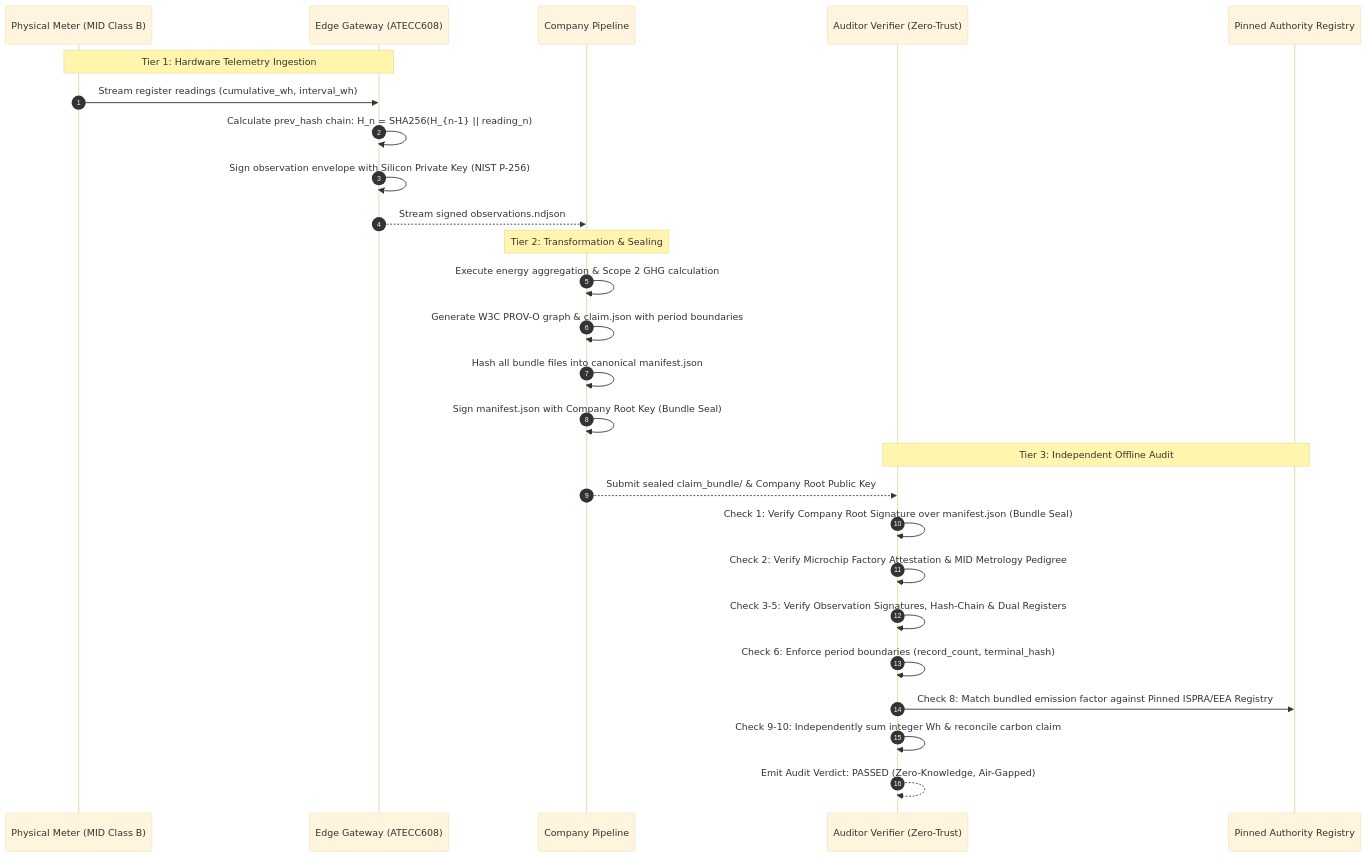
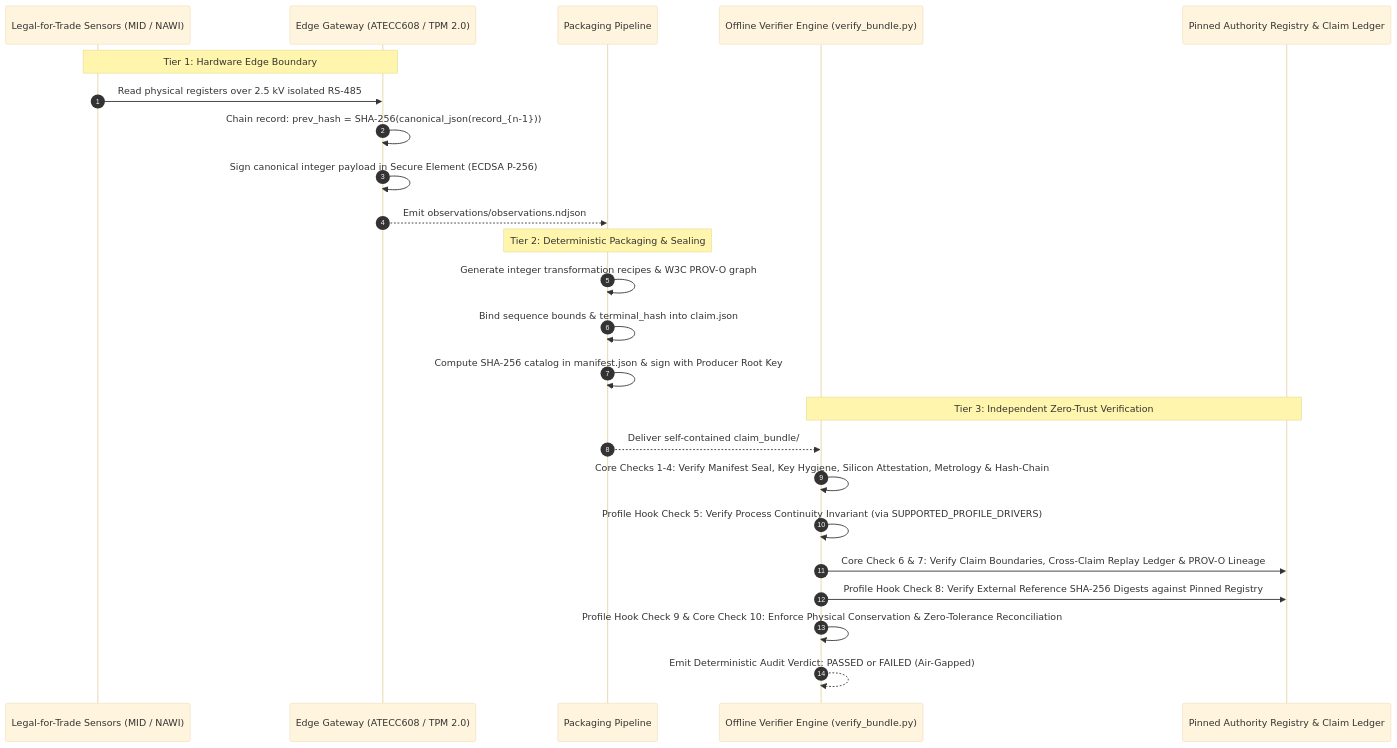
The second of 2 diagrams in 03_system/README.md (aloysiusjebanson-lab/trustworthy-telemetry), drawn with Mermaid (base theme) before and after one commit. The commit also changed other lines of this file and 4 other files, not shown here.

Commit message:
Refactor architecture, verifier CLI, protocol specs, and NLnet draft to Universal Engine-First design

````diff
--- a/03_system/README.md
+++ b/03_system/README.md
@@ -101,31 +113,29 @@
 ```mermaid
 sequenceDiagram
     autonumber
-    participant M as Physical Meter (MID Class B)
-    participant E as Edge Gateway (ATECC608)
-    participant C as Company Pipeline
-    participant A as Auditor Verifier (Zero-Trust)
-    participant R as Pinned Authority Registry
+    participant S as Legal-for-Trade Sensors (MID / NAWI)
+    participant E as Edge Gateway (ATECC608 / TPM 2.0)
+    participant P as Packaging Pipeline
+    participant V as Offline Verifier Engine (verify_bundle.py)
+    participant R as Pinned Authority Registry & Claim Ledger
 
-    Note over M,E: Tier 1: Hardware Telemetry Ingestion
-    M->>E: Stream register readings (cumulative_wh, interval_wh)
-    E->>E: Calculate prev_hash chain: H_n = SHA256(H_{n-1} || reading_n)
-    E->>E: Sign observation envelope with Silicon Private Key (NIST P-256)
-    E-->>C: Stream signed observations.ndjson
+    Note over S,E: Tier 1: Hardware Edge Boundary
+    S->>E: Read physical registers over 2.5 kV isolated RS-485
+    E->>E: Chain record: prev_hash = SHA-256(canonical_json(record_{n-1}))
+    E->>E: Sign canonical integer payload in Secure Element (ECDSA P-256)
+    E-->>P: Emit observations/observations.ndjson
 
-    Note over C: Tier 2: Transformation & Sealing
-    C->>C: Execute energy aggregation & Scope 2 GHG calculation
-    C->>C: Generate W3C PROV-O graph & claim.json with period boundaries
-    C->>C: Hash all bundle files into canonical manifest.json
-    C->>C: Sign manifest.json with Company Root Key (Bundle Seal)
+    Note over P: Tier 2: Deterministic Packaging & Sealing
+    P->>P: Generate integer transformation recipes & W3C PROV-O graph
+    P->>P: Bind sequence bounds & terminal_hash into claim.json
+    P->>P: Compute SHA-256 catalog in manifest.json & sign with Producer Root Key
 
-    Note over A,R: Tier 3: Independent Offline Audit
-    C-->>A: Submit sealed claim_bundle/ & Company Root Public Key
-    A->>A: Check 1: Verify Company Root Signature over manifest.json (Bundle Seal)
-    A->>A: Check 2: Verify Microchip Factory Attestation & MID Metrology Pedigree
-    A->>A: Check 3-5: Verify Observation Signatures, Hash-Chain & Dual Registers
-    A->>A: Check 6: Enforce period boundaries (record_count, terminal_hash)
-    A->>R: Check 8: Match bundled emission factor against Pinned ISPRA/EEA Registry
-    A->>A: Check 9-10: Independently sum integer Wh & reconcile carbon claim
-    A-->>A: Emit Audit Verdict: PASSED (Zero-Knowledge, Air-Gapped)
+    Note over V,R: Tier 3: Independent Zero-Trust Verification
+    P-->>V: Deliver self-contained claim_bundle/
+    V->>V: Core Checks 1-4: Verify Manifest Seal, Key Hygiene, Silicon Attestation, Metrology & Hash-Chain
+    V->>V: Profile Hook Check 5: Verify Process Continuity Invariant (via SUPPORTED_PROFILE_DRIVERS)
+    V->>R: Core Check 6 & 7: Verify Claim Boundaries, Cross-Claim Replay Ledger & PROV-O Lineage
+    V->>R: Profile Hook Check 8: Verify External Reference SHA-256 Digests against Pinned Registry
+    V->>V: Profile Hook Check 9 & Core Check 10: Enforce Physical Conservation & Zero-Tolerance Reconciliation
+    V-->>V: Emit Deterministic Audit Verdict: PASSED or FAILED (Air-Gapped)
 ```
````
